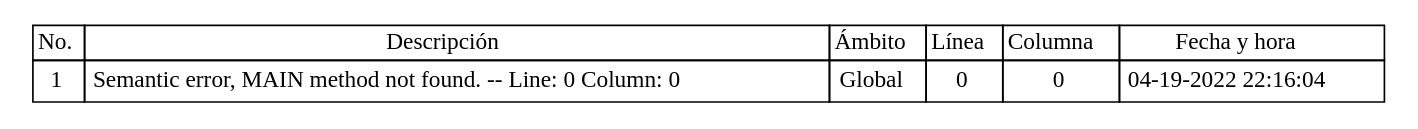
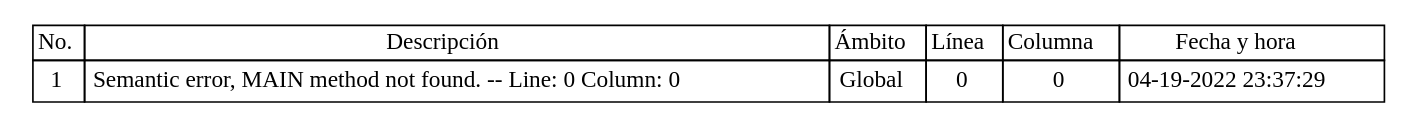
The diagram in Back/Web/tablas/tablaErrores.dot (Jodyannre/COMPI2_proyecto2_2022), drawn with Graphviz before and after one commit. The commit also changed 7 other files, not shown here.

```diff
--- a/Back/Web/tablas/tablaErrores.dot
+++ b/Back/Web/tablas/tablaErrores.dot
@@ -1,36 +1,36 @@
 
 	digraph {
 		tablaSimbolos [
 		  shape=plaintext
 		  label=<
 			<table border='0' cellborder='1' color='black' cellspacing='0'>
 			  <tr>
 				  <td>No.</td>
 				  <td>Descripción</td>
 				  <td>Ámbito</td>
 				  <td>Línea</td>
 				  <td>Columna</td>
 				  <td>Fecha y hora</td>
 			  </tr>
 	
 <tr>
 <td cellpadding='4'>
 1
 </td>
 <td cellpadding='4'>Semantic error, MAIN method not found. -- Line: 0 Column: 0
 </td>
 <td cellpadding='4'>Global
 </td>
 <td cellpadding='4'>0
 </td>
 <td cellpadding='4'>
 0
 </td>
 <td cellpadding='4'>
-04-19-2022 22:16:04
+04-19-2022 23:37:29
 </td>
 </tr>
 
 		</table>
 		>];
 	}
```
